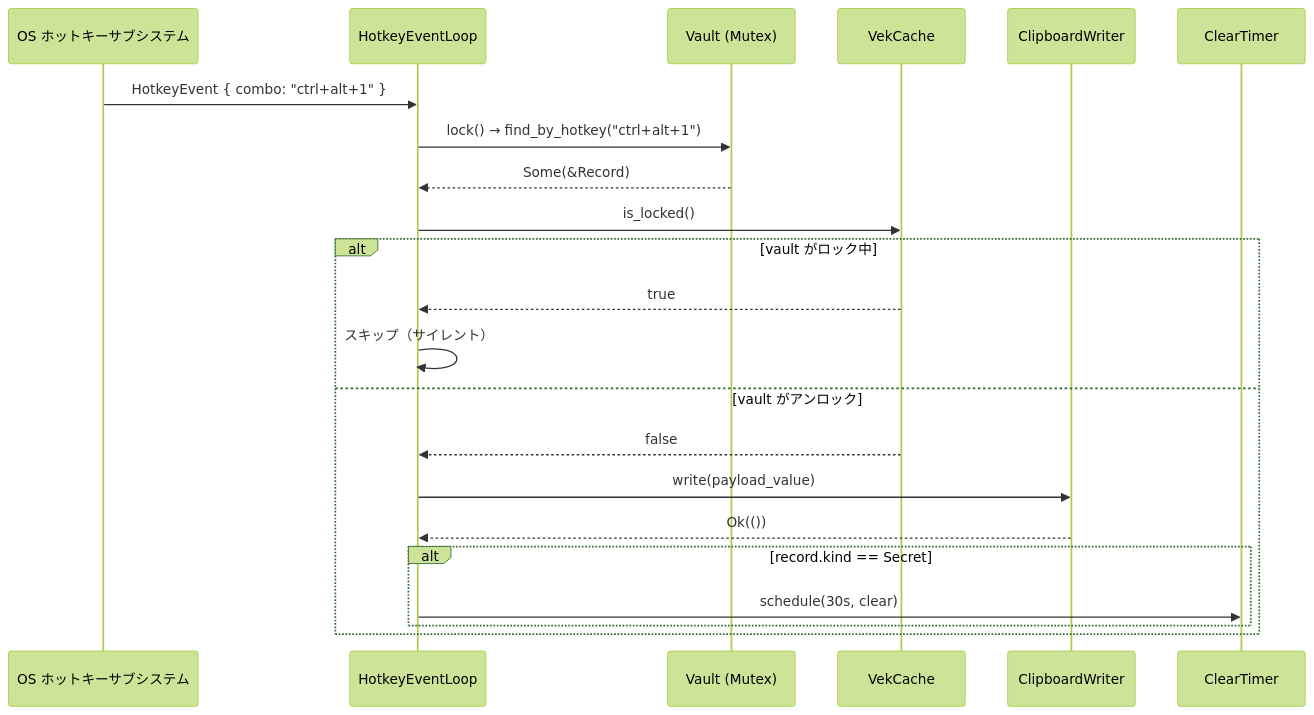
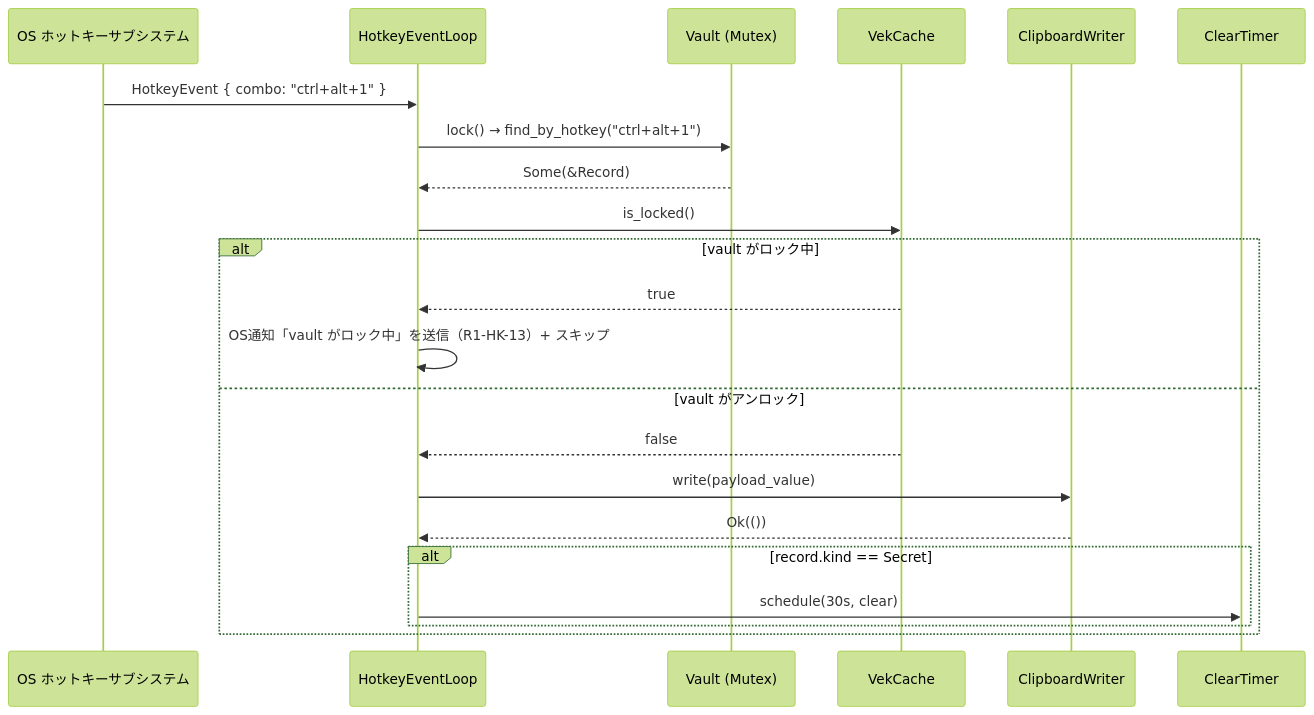
Before and after one commit to shikomi-dev/shikomi: the second of 3 diagrams in docs/features/daemon-hotkey-clipboard/daemon/basic-design.md, drawn with Mermaid (forest theme). The commit also changed other lines of this file and 4 other files, not shown here.

````diff
--- a/docs/features/daemon-hotkey-clipboard/daemon/basic-design.md
+++ b/docs/features/daemon-hotkey-clipboard/daemon/basic-design.md
@@ -113,25 +113,25 @@
 ```mermaid
 sequenceDiagram
     participant OS as OS ホットキーサブシステム
     participant EL as HotkeyEventLoop
     participant Vault as Vault (Mutex)
     participant VEK as VekCache
     participant CW as ClipboardWriter
     participant CT as ClearTimer
 
     OS->>EL: HotkeyEvent { combo: "ctrl+alt+1" }
     EL->>Vault: lock() → find_by_hotkey("ctrl+alt+1")
     Vault-->>EL: Some(&Record)
     EL->>VEK: is_locked()
     alt vault がロック中
         VEK-->>EL: true
-        EL->>EL: スキップ（サイレント）
+        EL->>EL: OS通知「vault がロック中」を送信（R1-HK-13）+ スキップ
     else vault がアンロック
         VEK-->>EL: false
         EL->>CW: write(payload_value)
         CW-->>EL: Ok(())
         alt record.kind == Secret
             EL->>CT: schedule(30s, clear)
         end
     end
 ```
````
